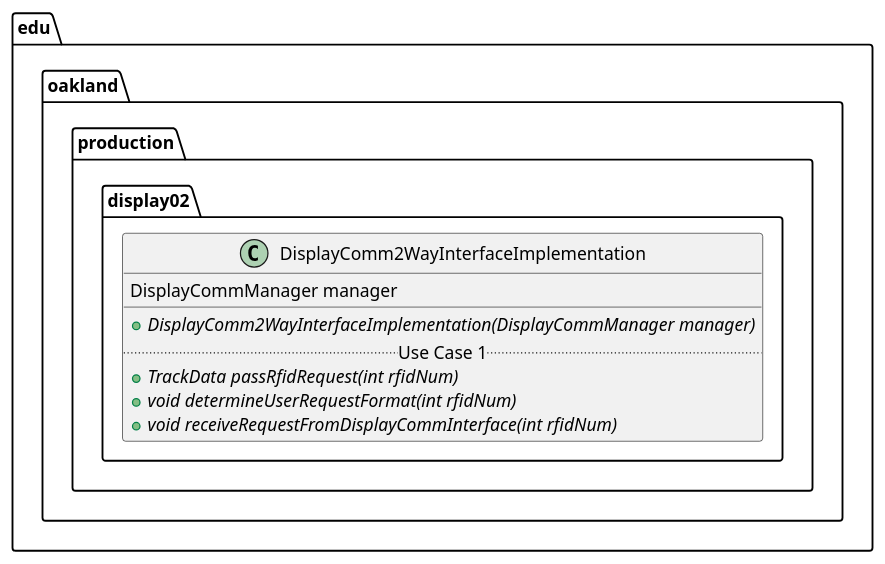
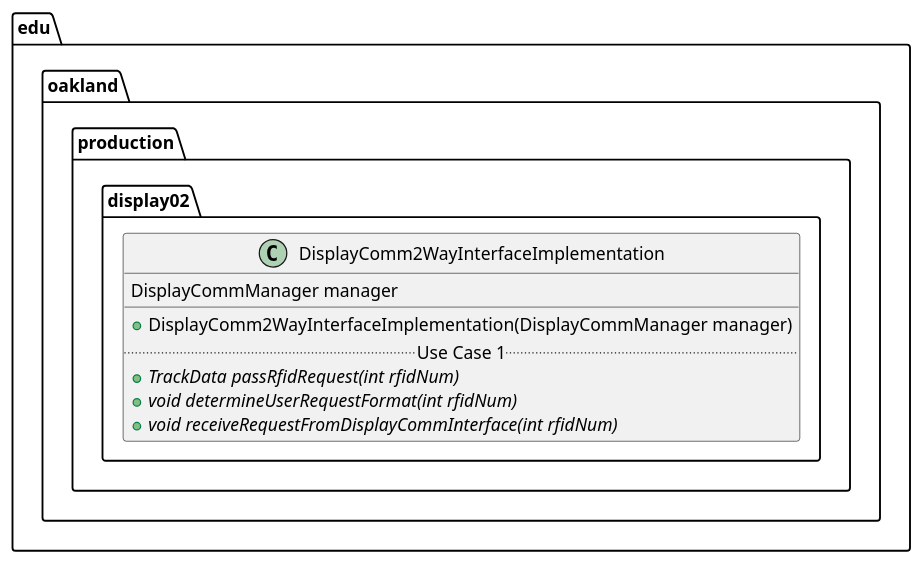
Before and after one commit to andrewdimmer/csi-3370-software-project: the diagram in docs/uml-class-diagrams/display02/production/DisplayComm2WayInterfaceImplementation/DisplayComm2WayInterfaceImplementation.puml, drawn with PlantUML.

```diff
--- a/docs/uml-class-diagrams/display02/production/DisplayComm2WayInterfaceImplementation/DisplayComm2WayInterfaceImplementation.puml
+++ b/docs/uml-class-diagrams/display02/production/DisplayComm2WayInterfaceImplementation/DisplayComm2WayInterfaceImplementation.puml
@@ -1,15 +1,15 @@
 @startuml DisplayComm2WayInterfaceImplementation
 
 package edu.oakland.production.display02 {
     class DisplayComm2WayInterfaceImplementation {
         DisplayCommManager manager
         __
-        {abstract} + DisplayComm2WayInterfaceImplementation(DisplayCommManager manager)
+        + DisplayComm2WayInterfaceImplementation(DisplayCommManager manager)
         .. Use Case 1 ..
         {abstract} + TrackData passRfidRequest(int rfidNum)
         {abstract} + void determineUserRequestFormat(int rfidNum)
         {abstract} + void receiveRequestFromDisplayCommInterface(int rfidNum)
     }
 }
 
 @enduml
```
